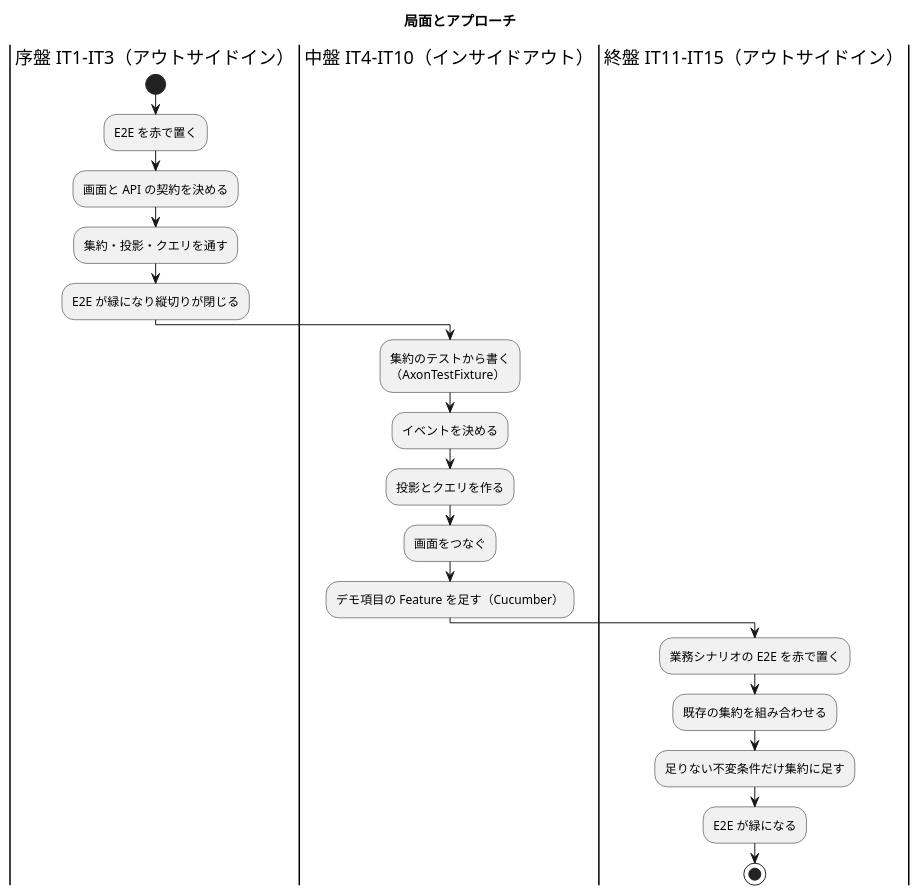
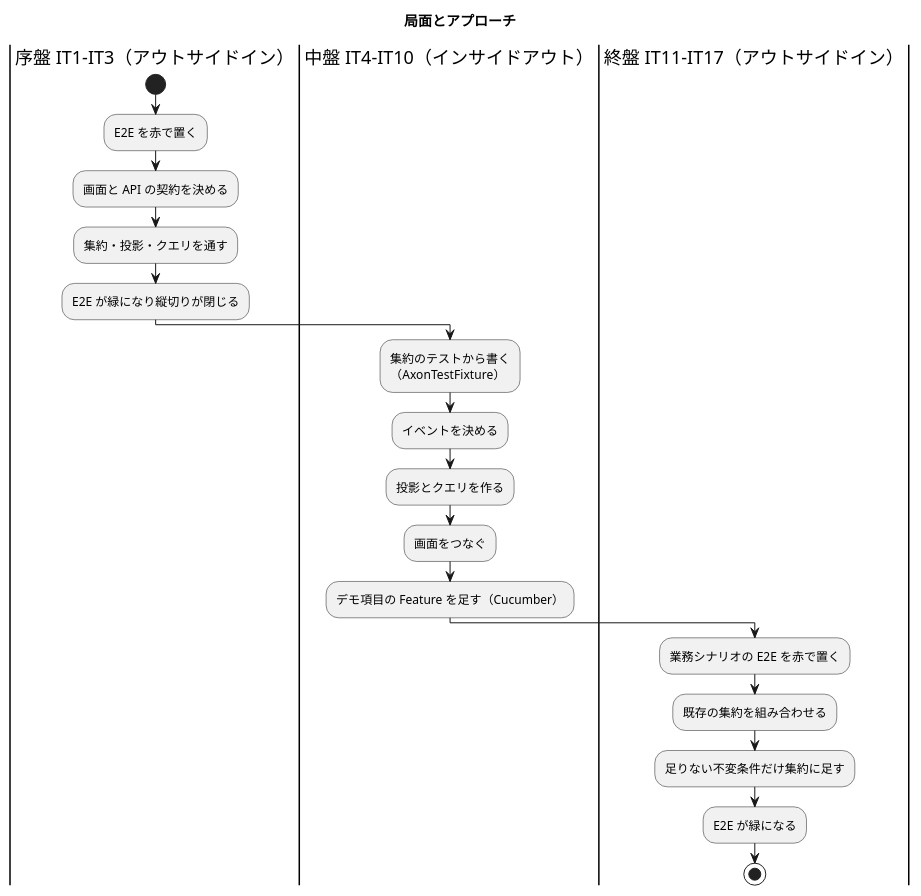
The first of 4 diagrams in docs/development/cargo-tracker/development_strategy.md (k2works/case-study-cargo-tracker), drawn with PlantUML before and after one commit. The commit also changed other lines of this file and 5 other files, not shown here.

````diff
--- a/docs/development/cargo-tracker/development_strategy.md
+++ b/docs/development/cargo-tracker/development_strategy.md
@@ -47,26 +48,26 @@
 ```plantuml
 @startuml
 title 局面とアプローチ
 
 |序盤 IT1-IT3（アウトサイドイン）|
 start
 :E2E を赤で置く;
 :画面と API の契約を決める;
 :集約・投影・クエリを通す;
 :E2E が緑になり縦切りが閉じる;
 
 |中盤 IT4-IT10（インサイドアウト）|
 :集約のテストから書く\n（AxonTestFixture）;
 :イベントを決める;
 :投影とクエリを作る;
 :画面をつなぐ;
 :デモ項目の Feature を足す（Cucumber）;
 
-|終盤 IT11-IT15（アウトサイドイン）|
+|終盤 IT11-IT17（アウトサイドイン）|
 :業務シナリオの E2E を赤で置く;
 :既存の集約を組み合わせる;
 :足りない不変条件だけ集約に足す;
 :E2E が緑になる;
 stop
 @enduml
 ```
````
